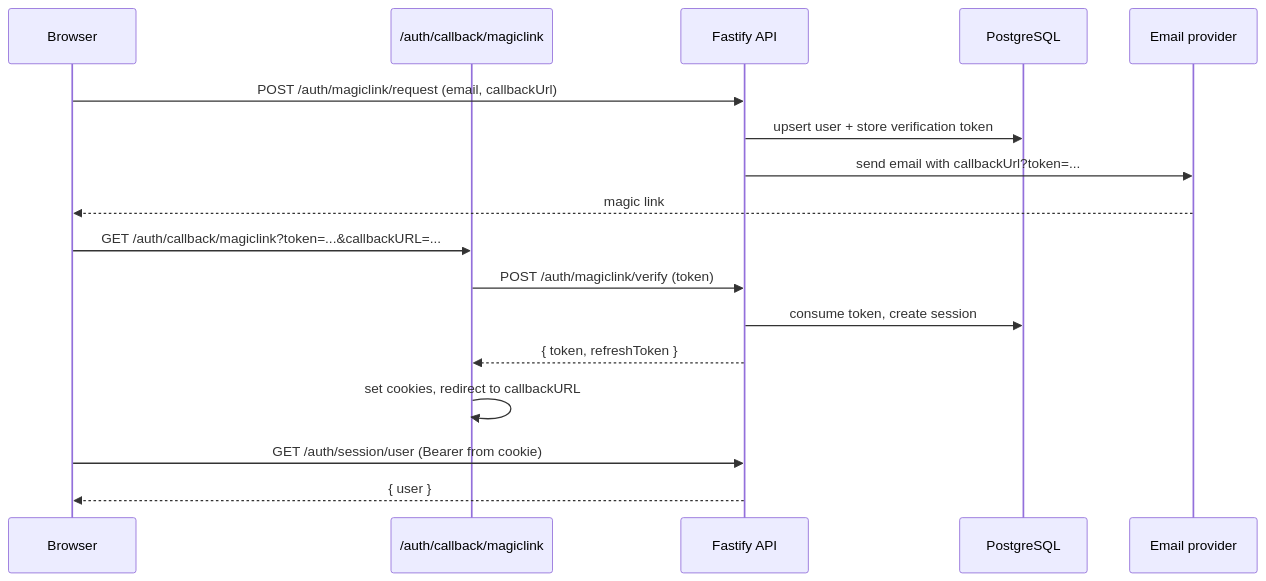
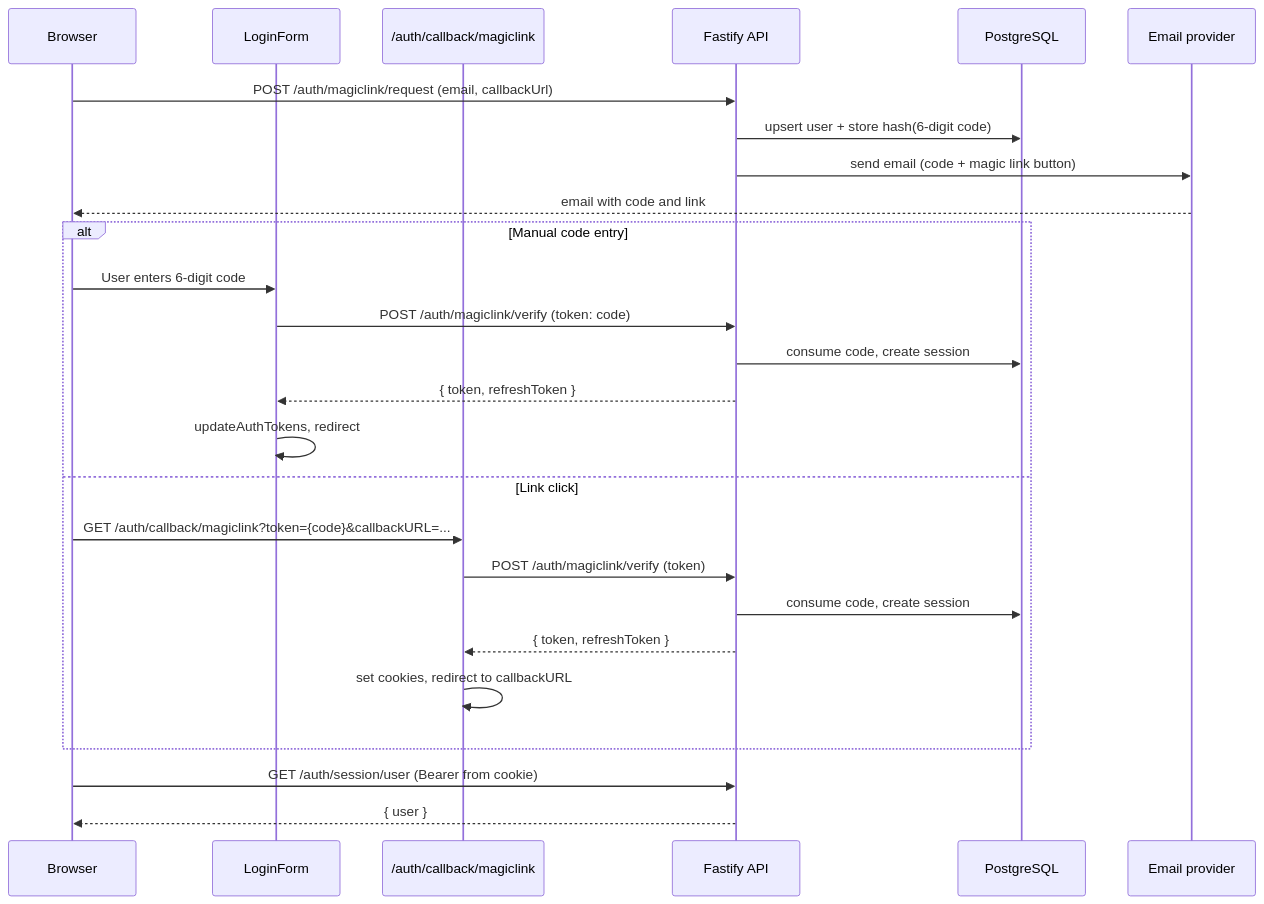
Before and after one commit to blockmatic/basilic: the eighth of 8 diagrams in apps/docu/content/docs/architecture/authentication.mdx, drawn with Mermaid. The commit also changed other lines of this file and 16 other files, not shown here.

First line of the commit message:
feat(auth): replace magic link token with 6-digit login code

````diff
--- a/apps/docu/content/docs/architecture/authentication.mdx
+++ b/apps/docu/content/docs/architecture/authentication.mdx
@@ -398,22 +404,31 @@
 ```mermaid
 sequenceDiagram
   participant Browser
+  participant LoginForm
   participant CallbackPage as /auth/callback/magiclink
   participant FastifyAPI as Fastify API
   participant DB as PostgreSQL
   participant Email as Email provider
 
   Browser->>FastifyAPI: POST /auth/magiclink/request (email, callbackUrl)
-  FastifyAPI->>DB: upsert user + store verification token
-  FastifyAPI->>Email: send email with callbackUrl?token=...
-  Email-->>Browser: magic link
+  FastifyAPI->>DB: upsert user + store hash(6-digit code)
+  FastifyAPI->>Email: send email (code + magic link button)
+  Email-->>Browser: email with code and link
 
-  Browser->>CallbackPage: GET /auth/callback/magiclink?token=...&callbackURL=...
-  CallbackPage->>FastifyAPI: POST /auth/magiclink/verify (token)
-  FastifyAPI->>DB: consume token, create session
-  FastifyAPI-->>CallbackPage: { token, refreshToken }
-  CallbackPage->>CallbackPage: set cookies, redirect to callbackURL
+  alt Manual code entry
+    Browser->>LoginForm: User enters 6-digit code
+    LoginForm->>FastifyAPI: POST /auth/magiclink/verify (token: code)
+    FastifyAPI->>DB: consume code, create session
+    FastifyAPI-->>LoginForm: { token, refreshToken }
+    LoginForm->>LoginForm: updateAuthTokens, redirect
+  else Link click
+    Browser->>CallbackPage: GET /auth/callback/magiclink?token={code}&callbackURL=...
+    CallbackPage->>FastifyAPI: POST /auth/magiclink/verify (token)
+    FastifyAPI->>DB: consume code, create session
+    FastifyAPI-->>CallbackPage: { token, refreshToken }
+    CallbackPage->>CallbackPage: set cookies, redirect to callbackURL
+  end
 
   Browser->>FastifyAPI: GET /auth/session/user (Bearer from cookie)
   FastifyAPI-->>Browser: { user }
 ```
````
